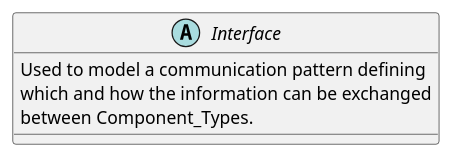
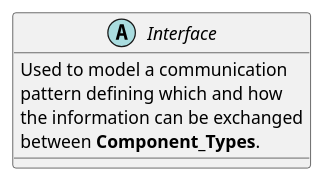
The diagram in Meta-Classes/Interface.puml (HomeMadeBots/Embedded_Software_Meta_Model), drawn with PlantUML before and after one commit. The commit also changed 6 other files, not shown here.

```diff
--- a/Meta-Classes/Interface.puml
+++ b/Meta-Classes/Interface.puml
@@ -1,10 +1,11 @@
 @startuml
 
 abstract class Interface
 {
-  Used to model a communication pattern defining
-  which and how the information can be exchanged
-  between Component_Types.  
+  Used to model a communication
+  pattern defining which and how
+  the information can be exchanged
+  between **Component_Types**.  
 }
 
 @enduml
```
